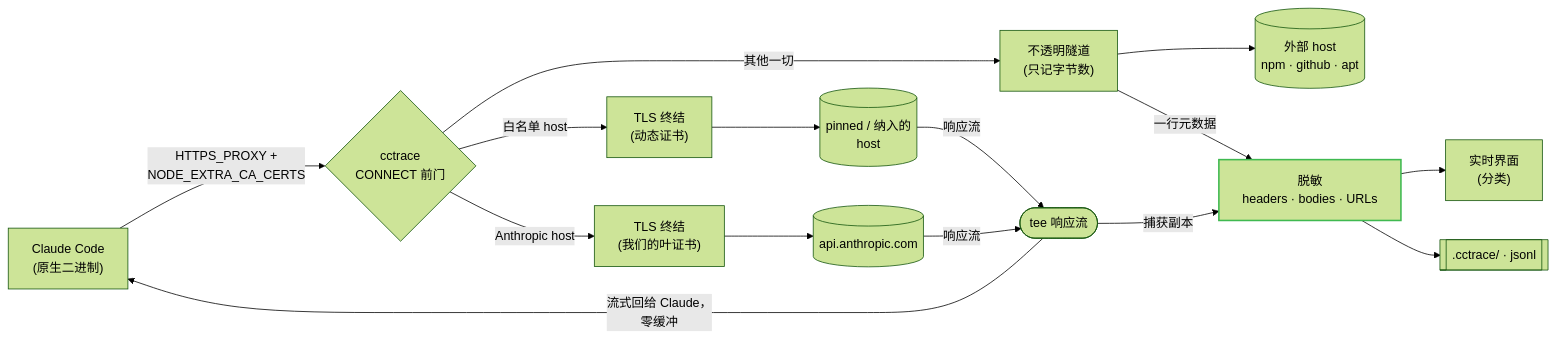
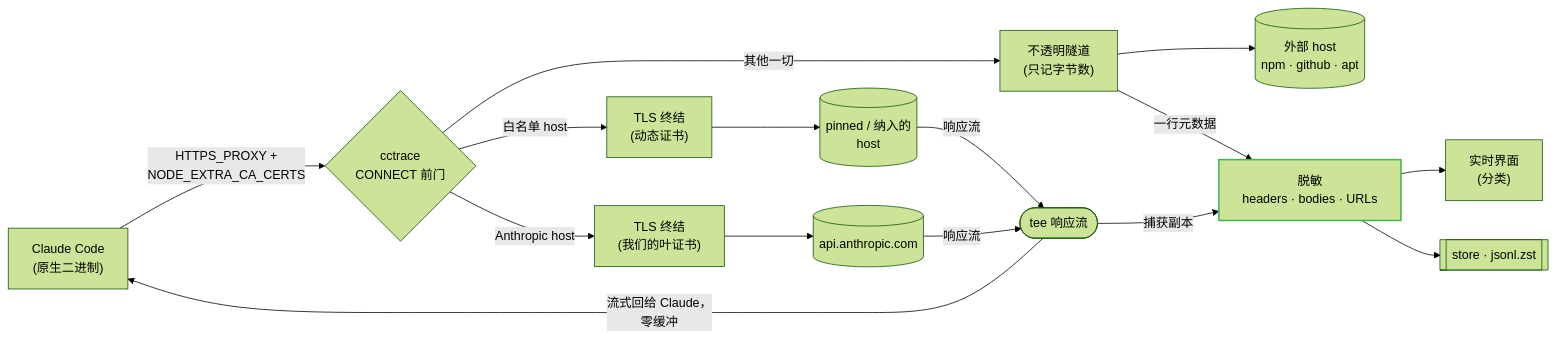
The diagram in README.zh-CN.md (thevibeworks/cctrace), drawn with Mermaid (forest theme) before and after one commit. The commit also changed other lines of this file and 30 other files, not shown here.

````diff
--- a/README.zh-CN.md
+++ b/README.zh-CN.md
@@ -159,33 +160,33 @@
 ```mermaid
 flowchart LR
     CC["Claude Code<br/>(原生二进制)"]
     FD{"cctrace<br/>CONNECT 前门"}
     TLS["TLS 终结<br/>(我们的叶证书)"]
     BT["TLS 终结<br/>(动态证书)"]
     TUN["不透明隧道<br/>(只记字节数)"]
     API[("api.anthropic.com")]
     PIN[("pinned / 纳入的<br/>host")]
     EXT[("外部 host<br/>npm · github · apt")]
     TEE(["tee 响应流"])
     RD["脱敏<br/>headers · bodies · URLs"]
     UI["实时界面<br/>(分类)"]
-    OUT[[".cctrace/ · jsonl"]]
+    OUT[["store · jsonl.zst"]]
 
     CC -- "HTTPS_PROXY +<br/>NODE_EXTRA_CA_CERTS" --> FD
     FD -- "Anthropic host" --> TLS
     FD -- "白名单 host" --> BT
     FD -- "其他一切" --> TUN
     TLS --> API
     BT --> PIN
     TUN --> EXT
     PIN -- "响应流" --> TEE
     API -- "响应流" --> TEE
     TUN -- "一行元数据" --> RD
     TEE -- "流式回给 Claude，<br/>零缓冲" --> CC
     TEE -- "捕获副本" --> RD
     RD --> UI
     RD --> OUT
 
     classDef accent stroke:#3fb950,stroke-width:2px;
     class RD accent
 ```
````
